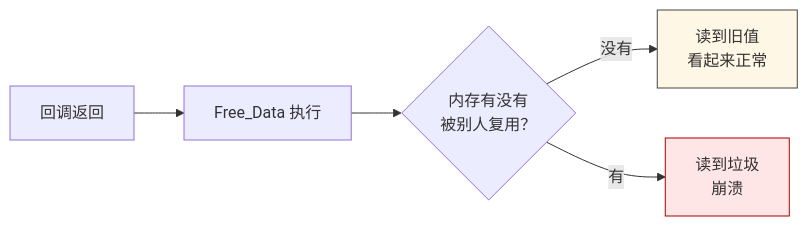
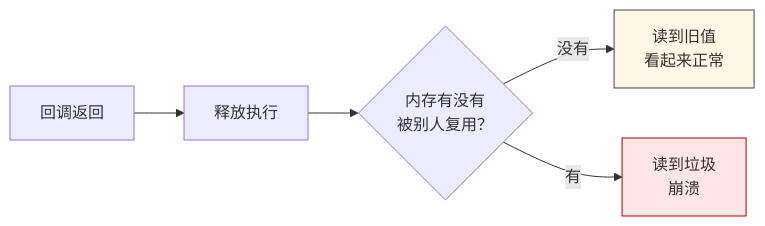
The third of 3 diagrams in doc/LF_Handle_Ownership.md (PassByYou888/LingoFuse), drawn with Mermaid before and after one commit. The commit also changed other lines of this file, not shown here.

````diff
--- a/doc/LF_Handle_Ownership.md
+++ b/doc/LF_Handle_Ownership.md
@@ -93,10 +85,10 @@
 ```mermaid
 flowchart LR
-    A["回调返回"] --> B["Free_Data 执行"]
+    A["回调返回"] --> B["释放执行"]
     B --> C{"内存有没有<br/>被别人复用？"}
     C -- "没有" --> D["读到旧值<br/>看起来正常"]
     C -- "有" --> E["读到垃圾<br/>崩溃"]
 
     style D fill:#fff7e6,stroke:#444
     style E fill:#ffe6e6,stroke:#a00
 ```
````
